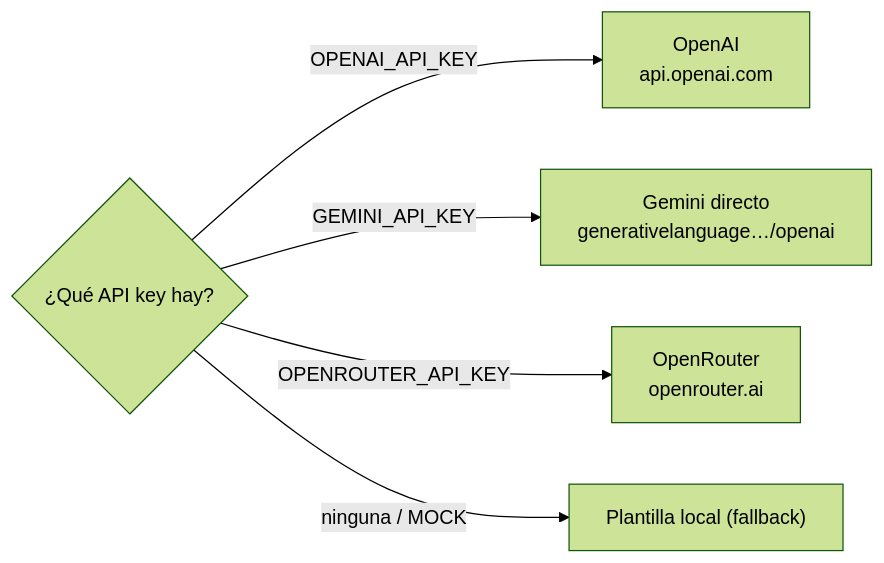
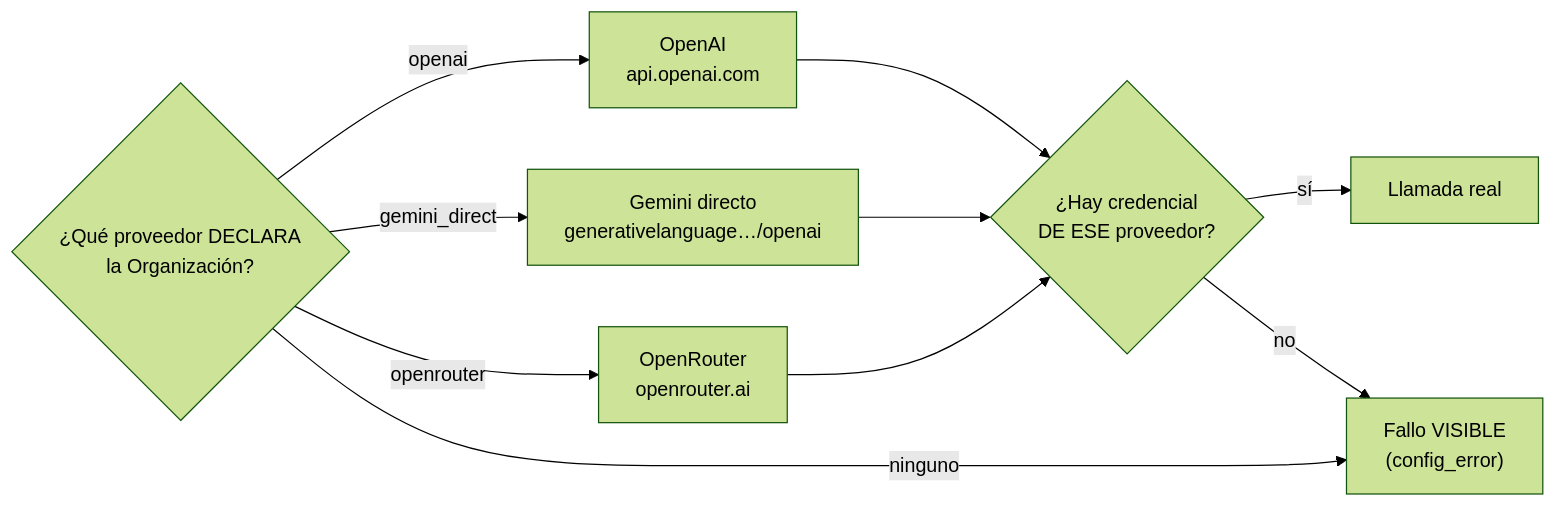
One commit to lrojascode/Proyecto-lejovista changed the diagram in docs/11-servicios-externos.md. Above: the diagram before and after it, drawn with Mermaid (forest theme). The commit also changed other lines of this file and 48 other files, not shown here.

````diff
--- a/docs/11-servicios-externos.md
+++ b/docs/11-servicios-externos.md
@@ -35,8 +37,13 @@
 ```mermaid
 flowchart LR
-    K{"¿Qué API key hay?"}
-    K -->|OPENAI_API_KEY| O["OpenAI\napi.openai.com"]
-    K -->|GEMINI_API_KEY| G["Gemini directo\ngenerativelanguage…/openai"]
-    K -->|OPENROUTER_API_KEY| R["OpenRouter\nopenrouter.ai"]
-    K -->|ninguna / MOCK| F["Plantilla local (fallback)"]
+    K{"¿Qué proveedor DECLARA\nla Organización?"}
+    K -->|openai| O["OpenAI\napi.openai.com"]
+    K -->|gemini_direct| G["Gemini directo\ngenerativelanguage…/openai"]
+    K -->|openrouter| R["OpenRouter\nopenrouter.ai"]
+    K -->|ninguno| E["Fallo VISIBLE\n(config_error)"]
+    O --> C{"¿Hay credencial\nDE ESE proveedor?"}
+    G --> C
+    R --> C
+    C -->|sí| L["Llamada real"]
+    C -->|no| E
 ```
````
